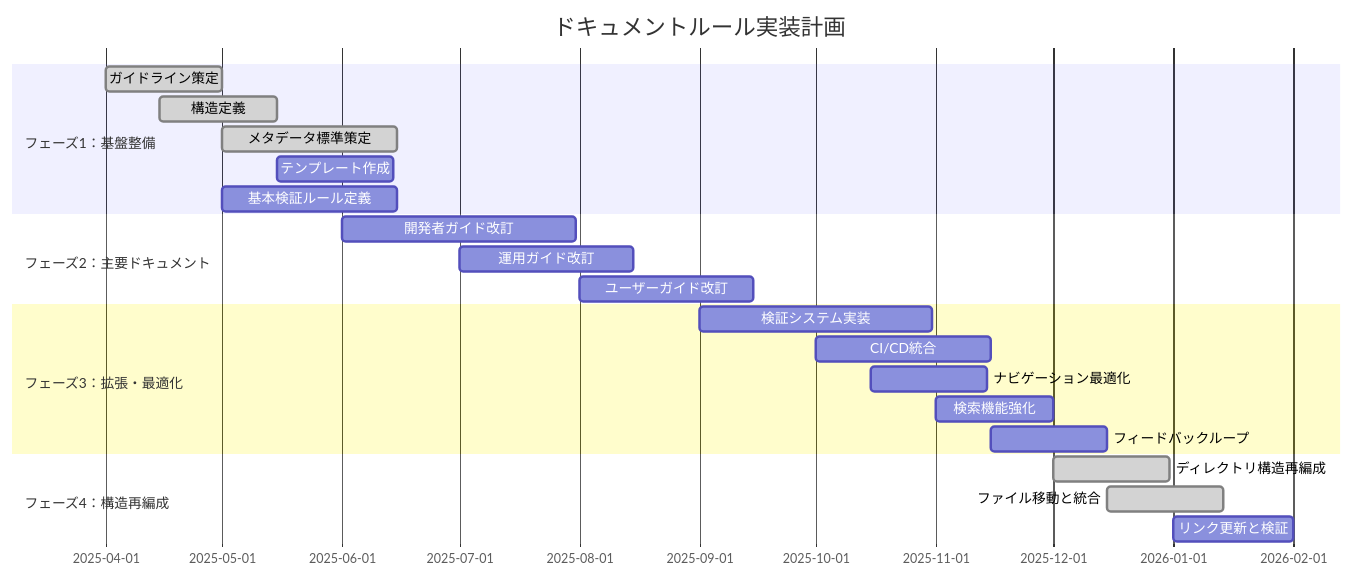
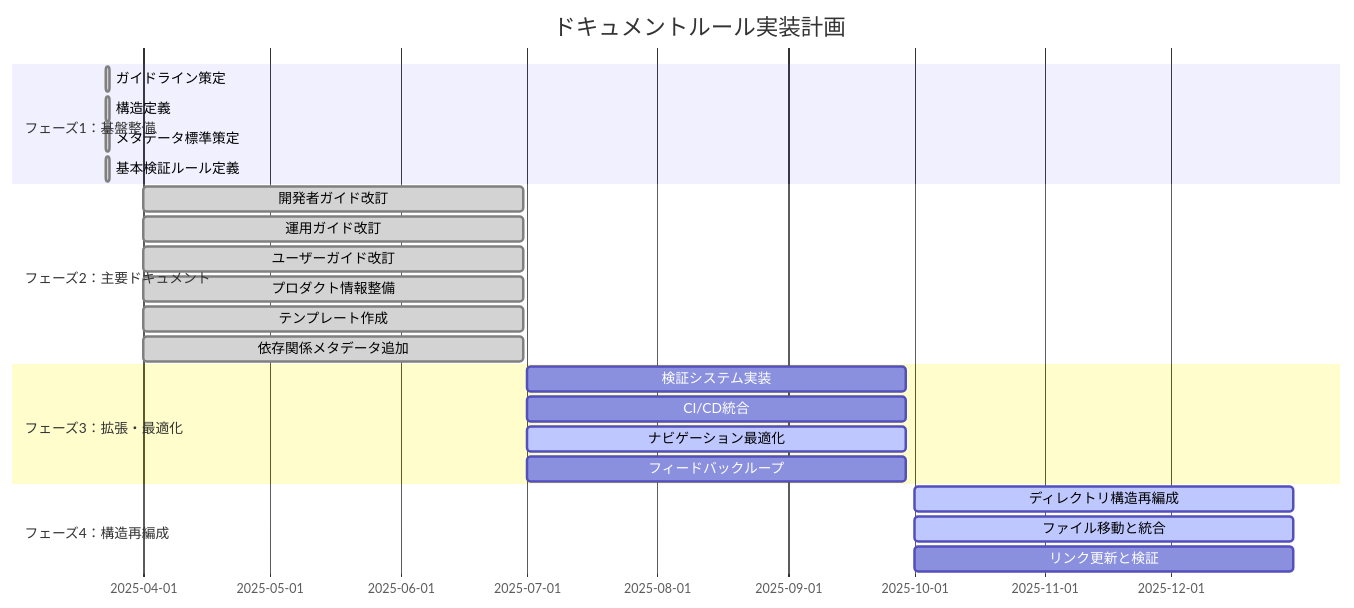
One commit to ToyB0x/git-resume changed the second of 2 diagrams in docs/PROGRESS.md. Above: the diagram before and after it, drawn with Mermaid. The commit also changed other lines of this file and 37 other files, not shown here.

````diff
--- a/docs/PROGRESS.md
+++ b/docs/PROGRESS.md
@@ -27,25 +27,26 @@
 ```mermaid
 gantt
     title ドキュメントルール実装計画
     dateFormat  YYYY-MM-DD
     section フェーズ1：基盤整備
-    ガイドライン策定      :done, g1, 2025-04-01, 30d
-    構造定義              :done, g2, 2025-04-15, 30d
-    メタデータ標準策定    :done, g3, 2025-05-01, 45d
-    テンプレート作成      :g4, 2025-05-15, 30d
-    基本検証ルール定義    :g5, 2025-05-01, 45d
+    ガイドライン策定      :done, 2025-03-23, 1d
+    構造定義              :done, 2025-03-23, 1d
+    メタデータ標準策定    :done, 2025-03-23, 1d
+    基本検証ルール定義    :done, 2025-03-23, 1d
     section フェーズ2：主要ドキュメント
-    開発者ガイド改訂      :g6, 2025-06-01, 60d
-    運用ガイド改訂        :g7, 2025-07-01, 45d
-    ユーザーガイド改訂    :g8, 2025-08-01, 45d
+    開発者ガイド改訂      :done, 2025-04-01, 90d
+    運用ガイド改訂        :done, 2025-04-01, 90d
+    ユーザーガイド改訂    :done, 2025-04-01, 90d
+    プロダクト情報整備    :done, 2025-04-01, 90d
+    テンプレート作成      :done, 2025-04-01, 90d
+    依存関係メタデータ追加 :done, 2025-04-01, 90d
     section フェーズ3：拡張・最適化
-    検証システム実装      :g9, 2025-09-01, 60d
-    CI/CD統合             :g10, 2025-10-01, 45d
-    ナビゲーション最適化  :g11, 2025-10-15, 30d
-    検索機能強化          :g12, 2025-11-01, 30d
-    フィードバックループ  :g13, 2025-11-15, 30d
+    検証システム実装      :2025-07-01, 90d
+    CI/CD統合             :2025-07-01, 90d
+    ナビゲーション最適化  :active, 2025-07-01, 90d
+    フィードバックループ  :2025-07-01, 90d
     section フェーズ4：構造再編成
-    ディレクトリ構造再編成 :done, g14, 2025-12-01, 30d
-    ファイル移動と統合     :done, g15, 2025-12-15, 30d
-    リンク更新と検証       :g16, 2026-01-01, 31d
+    ディレクトリ構造再編成 :active, 2025-10-01, 90d
+    ファイル移動と統合     :active, 2025-10-01, 90d
+    リンク更新と検証       :2025-10-01, 90d
 ```
````
